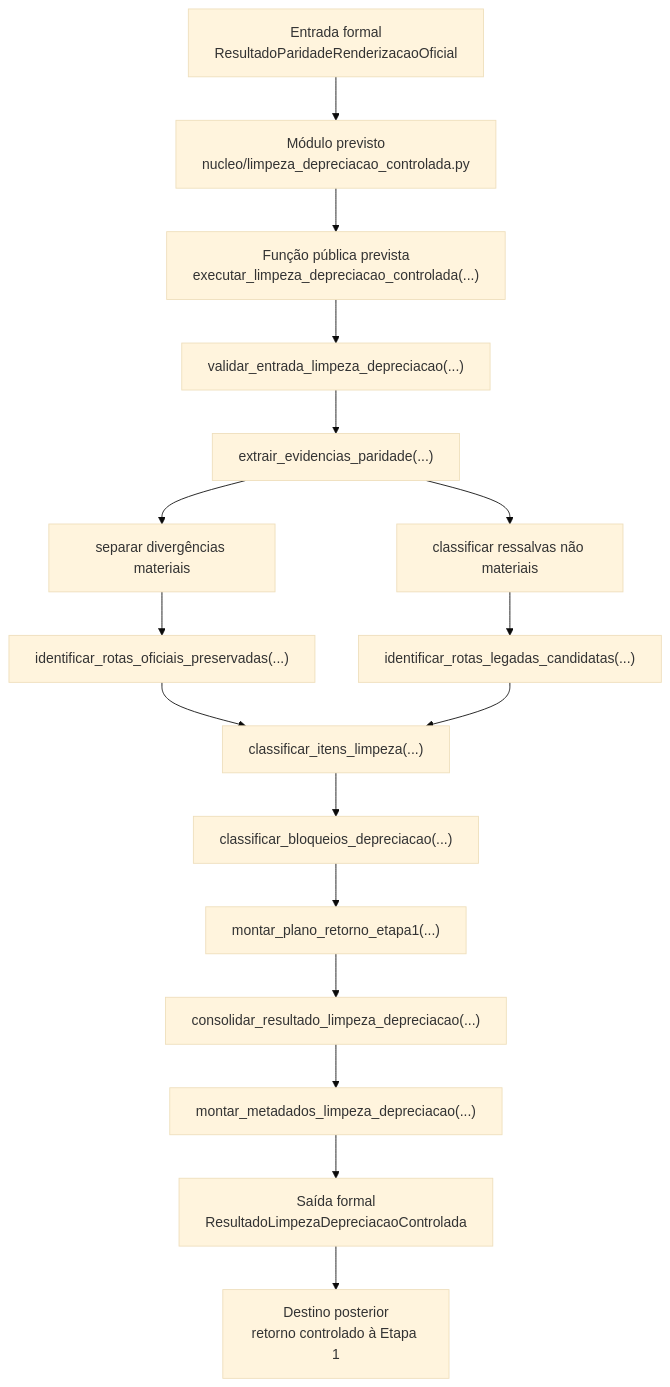
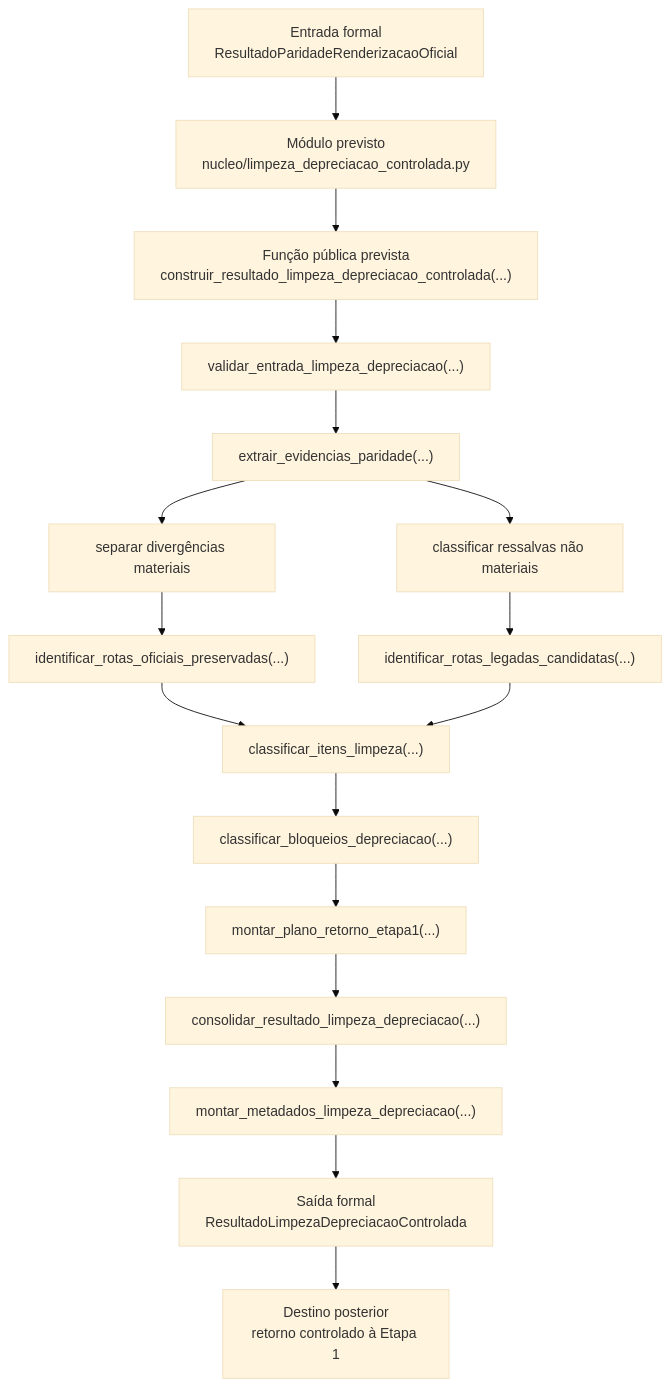
The diagram in relatorios/principais/contratos_individuais/CONTRATO_ETAPA11_LIMPEZA_DEPRECIACAO_CONTROLADA.md (WevertonGomesCosta/payment-investment-allocation), drawn with Mermaid (base theme) before and after one commit. The commit also changed other lines of this file, not shown here.

Commit message:
ETAPA11-CONTRATO-01: refina funcao publica prevista

````diff
--- a/relatorios/principais/contratos_individuais/CONTRATO_ETAPA11_LIMPEZA_DEPRECIACAO_CONTROLADA.md
+++ b/relatorios/principais/contratos_individuais/CONTRATO_ETAPA11_LIMPEZA_DEPRECIACAO_CONTROLADA.md
@@ -279,26 +283,26 @@
 ```mermaid
 flowchart TD
     IN["Entrada formal<br/>ResultadoParidadeRenderizacaoOficial"] --> MOD["Módulo previsto<br/>nucleo/limpeza_depreciacao_controlada.py"]
 
-    MOD --> FUNC["Função pública prevista<br/>executar_limpeza_depreciacao_controlada(...)"]
+    MOD --> FUNC["Função pública prevista<br/>construir_resultado_limpeza_depreciacao_controlada(...)"]
 
     FUNC --> VAL["validar_entrada_limpeza_depreciacao(...)"]
     VAL --> EXT["extrair_evidencias_paridade(...)"]
 
     EXT --> MAT["separar divergências materiais"]
     EXT --> RESS["classificar ressalvas não materiais"]
 
     MAT --> OFIC["identificar_rotas_oficiais_preservadas(...)"]
     RESS --> LEG["identificar_rotas_legadas_candidatas(...)"]
 
     OFIC --> CLASS["classificar_itens_limpeza(...)"]
     LEG --> CLASS
 
     CLASS --> BLOQ["classificar_bloqueios_depreciacao(...)"]
     BLOQ --> RET["montar_plano_retorno_etapa1(...)"]
     RET --> CONSOL["consolidar_resultado_limpeza_depreciacao(...)"]
     CONSOL --> META["montar_metadados_limpeza_depreciacao(...)"]
 
     META --> OUT["Saída formal<br/>ResultadoLimpezaDepreciacaoControlada"]
     OUT --> DEST["Destino posterior<br/>retorno controlado à Etapa 1"]
 ```
````
